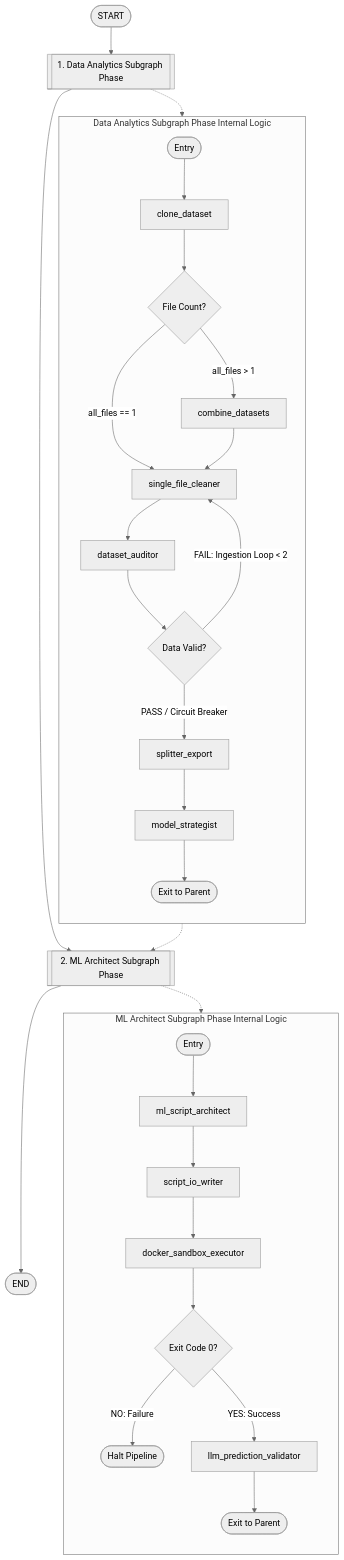
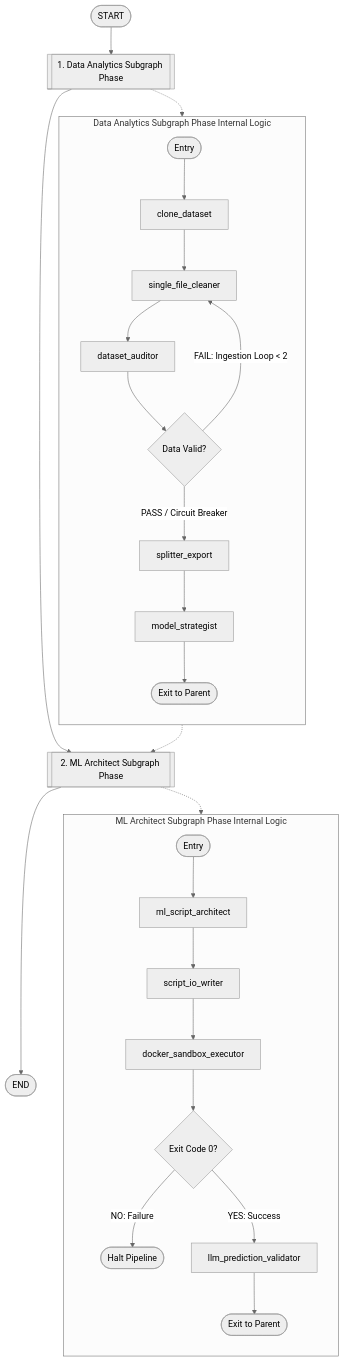
One commit to NightDevilPT/ml-agent changed the diagram in README.md. Above: the diagram before and after it, drawn with Mermaid (neutral theme). The commit also changed other lines of this file and 2 other files, not shown here.

Commit message:
ml-agent: combine file node removed

````diff
--- a/README.md
+++ b/README.md
@@ -17,57 +17,52 @@
 ```mermaid
 graph TD
     %% ==========================================
     %% PARENT GRAPH LEVEL
     %% ==========================================
     START([START]) --> DATA_PHASE[[1. Data Analytics Subgraph Phase]]
     DATA_PHASE --> ARCH_PHASE[[2. ML Architect Subgraph Phase]]
     ARCH_PHASE --> END([END])
 
     %% ==========================================
     %% SUBGRAPH INTERNAL LOGIC VIEW
     %% ==========================================
     subgraph Subgraph_1 [Data Analytics Subgraph Phase Internal Logic]
         direction TB
         da_start([Entry]) --> clone_dataset[clone_dataset]
-        clone_dataset --> route_files{File Count?}
-        
-        route_files -- "all_files > 1" --> combine_datasets[combine_datasets]
-        route_files -- "all_files == 1" --> single_file_cleaner[single_file_cleaner]
-        
-        combine_datasets --> single_file_cleaner
+        clone_dataset --> single_file_cleaner[single_file_cleaner]
         single_file_cleaner --> dataset_auditor[dataset_auditor]
         
         dataset_auditor --> route_audit{Data Valid?}
         route_audit -- "FAIL: Ingestion Loop < 2" --> single_file_cleaner
         route_audit -- "PASS / Circuit Breaker" --> splitter_export[splitter_export]
         
         splitter_export --> model_strategist[model_strategist]
         model_strategist --> da_end([Exit to Parent])
     end
 
     subgraph Subgraph_2 [ML Architect Subgraph Phase Internal Logic]
         direction TB
         ml_start([Entry]) --> ml_script_architect[ml_script_architect]
         ml_script_architect --> script_io_writer[script_io_writer]
         script_io_writer --> docker_sandbox_executor[docker_sandbox_executor]
         
         docker_sandbox_executor --> route_exec{Exit Code 0?}
         route_exec -- "NO: Failure" --> executor_fail([Halt Pipeline])
         route_exec -- "YES: Success" --> llm_prediction_validator[llm_prediction_validator]
         
         llm_prediction_validator --> ml_end([Exit to Parent])
     end
 
     %% Wiring Parent to Subgraph internals for visualization layout
     DATA_PHASE -.-> da_start
     da_end -.-> ARCH_PHASE
     ARCH_PHASE -.-> ml_start
 
     %% Assign Style Classes
     class START,END,da_start,da_end,ml_start,ml_end,executor_fail startEnd;
     class DATA_PHASE,ARCH_PHASE macroPhase;
-    class clone_dataset,combine_datasets,script_io_writer,docker_sandbox_executor,splitter_export hostNode;
+    class clone_dataset,script_io_writer,docker_sandbox_executor,splitter_export hostNode;
     class single_file_cleaner,dataset_auditor,model_strategist,ml_script_architect,llm_prediction_validator subNode;
-    class route_files,route_audit,route_exec decision;
+    class route_audit,route_exec decision;
 
 ```
````
